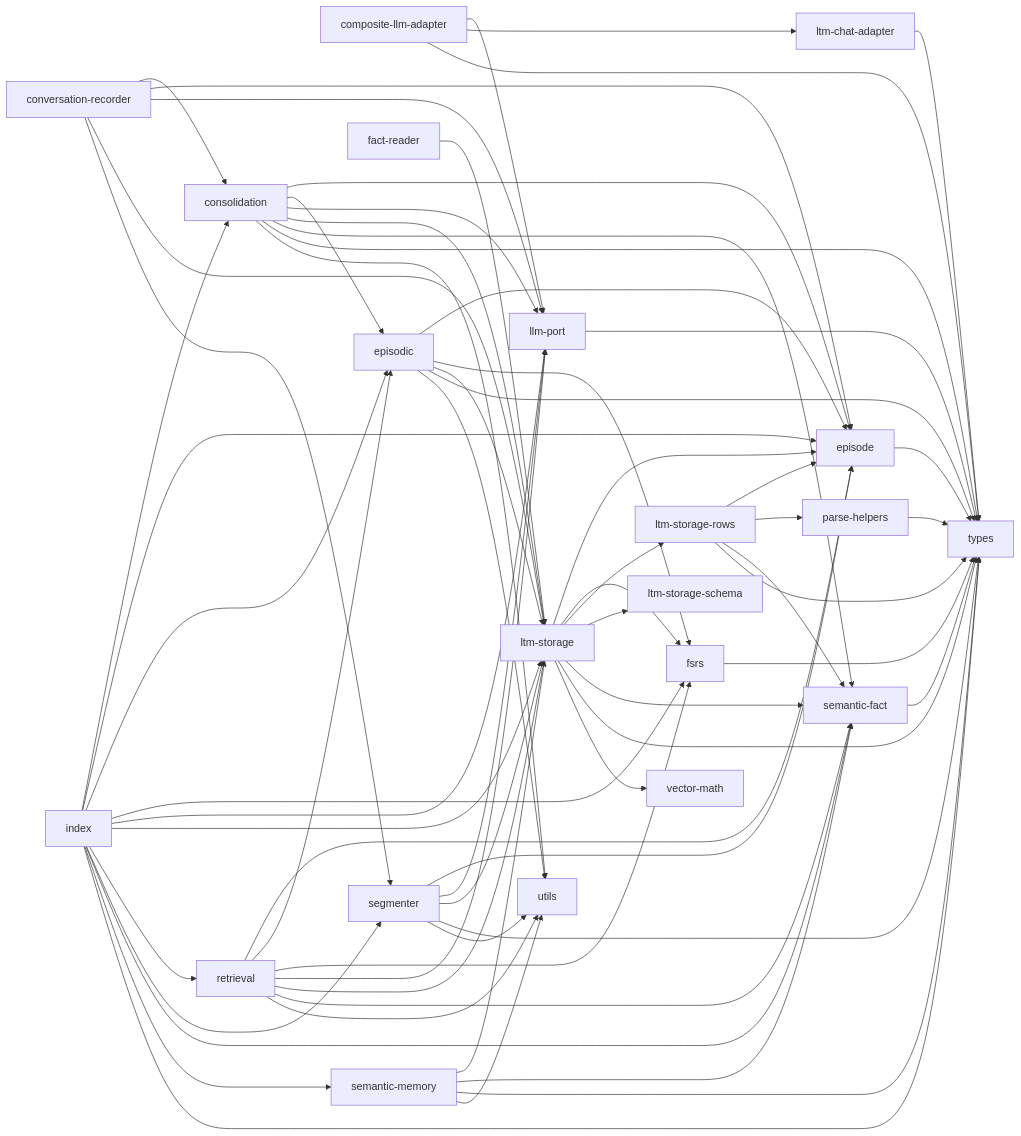
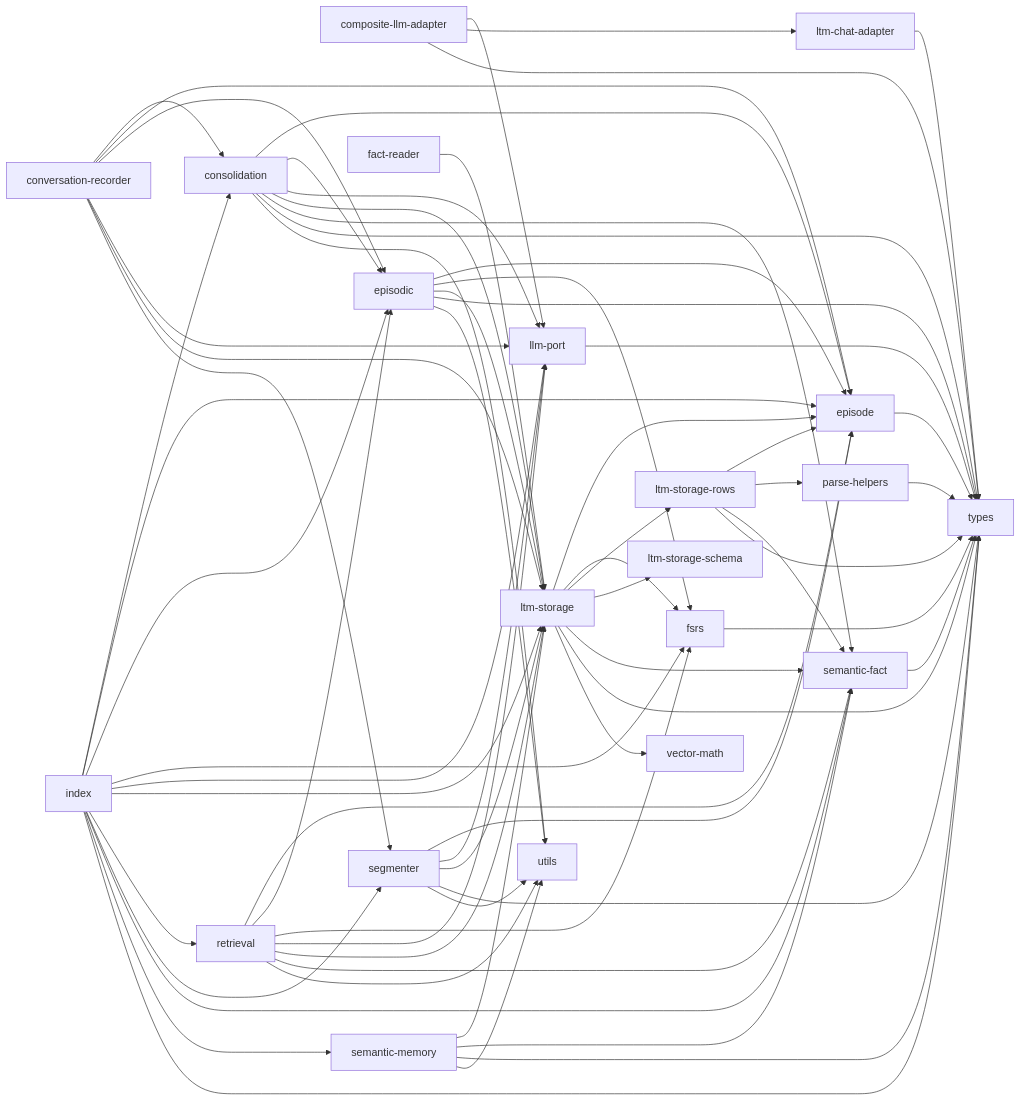
Before and after one commit to OJII3/vicissitude: the diagram in src/ltm/DEPS.md, drawn with Mermaid. The commit also changed other lines of this file and 3 other files, not shown here.

````diff
--- a/src/ltm/DEPS.md
+++ b/src/ltm/DEPS.md
@@ -7,72 +7,73 @@
 ```mermaid
 graph LR
   composite_llm_adapter["composite-llm-adapter"] --> llm_port["llm-port"]
   composite_llm_adapter["composite-llm-adapter"] --> ltm_chat_adapter["ltm-chat-adapter"]
   composite_llm_adapter["composite-llm-adapter"] --> types
   consolidation --> episode
   consolidation --> episodic
   consolidation --> llm_port["llm-port"]
   consolidation --> ltm_storage["ltm-storage"]
   consolidation --> semantic_fact["semantic-fact"]
   consolidation --> types
   consolidation --> utils
   conversation_recorder["conversation-recorder"] --> consolidation
   conversation_recorder["conversation-recorder"] --> episode
+  conversation_recorder["conversation-recorder"] --> episodic
   conversation_recorder["conversation-recorder"] --> llm_port["llm-port"]
   conversation_recorder["conversation-recorder"] --> ltm_storage["ltm-storage"]
   conversation_recorder["conversation-recorder"] --> segmenter
   episode --> types
   episodic --> episode
   episodic --> fsrs
   episodic --> ltm_storage["ltm-storage"]
   episodic --> types
   episodic --> utils
   fact_reader["fact-reader"] --> ltm_storage["ltm-storage"]
   fsrs --> types
   index --> consolidation
   index --> episode
   index --> episodic
   index --> fsrs
   index --> llm_port["llm-port"]
   index --> ltm_storage["ltm-storage"]
   index --> retrieval
   index --> segmenter
   index --> semantic_fact["semantic-fact"]
   index --> semantic_memory["semantic-memory"]
   index --> types
   llm_port["llm-port"] --> types
   ltm_chat_adapter["ltm-chat-adapter"] --> types
   ltm_storage["ltm-storage"] --> episode
   ltm_storage["ltm-storage"] --> fsrs
   ltm_storage["ltm-storage"] --> ltm_storage_rows["ltm-storage-rows"]
   ltm_storage["ltm-storage"] --> ltm_storage_schema["ltm-storage-schema"]
   ltm_storage["ltm-storage"] --> semantic_fact["semantic-fact"]
   ltm_storage["ltm-storage"] --> types
   ltm_storage["ltm-storage"] --> vector_math["vector-math"]
   ltm_storage_rows["ltm-storage-rows"] --> episode
   ltm_storage_rows["ltm-storage-rows"] --> parse_helpers["parse-helpers"]
   ltm_storage_rows["ltm-storage-rows"] --> semantic_fact["semantic-fact"]
   ltm_storage_rows["ltm-storage-rows"] --> types
   ltm_storage_schema["ltm-storage-schema"]
   parse_helpers["parse-helpers"] --> types
   retrieval --> episode
   retrieval --> episodic
   retrieval --> fsrs
   retrieval --> llm_port["llm-port"]
   retrieval --> ltm_storage["ltm-storage"]
   retrieval --> semantic_fact["semantic-fact"]
   retrieval --> utils
   segmenter --> episode
   segmenter --> llm_port["llm-port"]
   segmenter --> ltm_storage["ltm-storage"]
   segmenter --> types
   segmenter --> utils
   semantic_fact["semantic-fact"] --> types
   semantic_memory["semantic-memory"] --> ltm_storage["ltm-storage"]
   semantic_memory["semantic-memory"] --> semantic_fact["semantic-fact"]
   semantic_memory["semantic-memory"] --> types
   semantic_memory["semantic-memory"] --> utils
   types
   utils
   vector_math["vector-math"]
 ```
````
